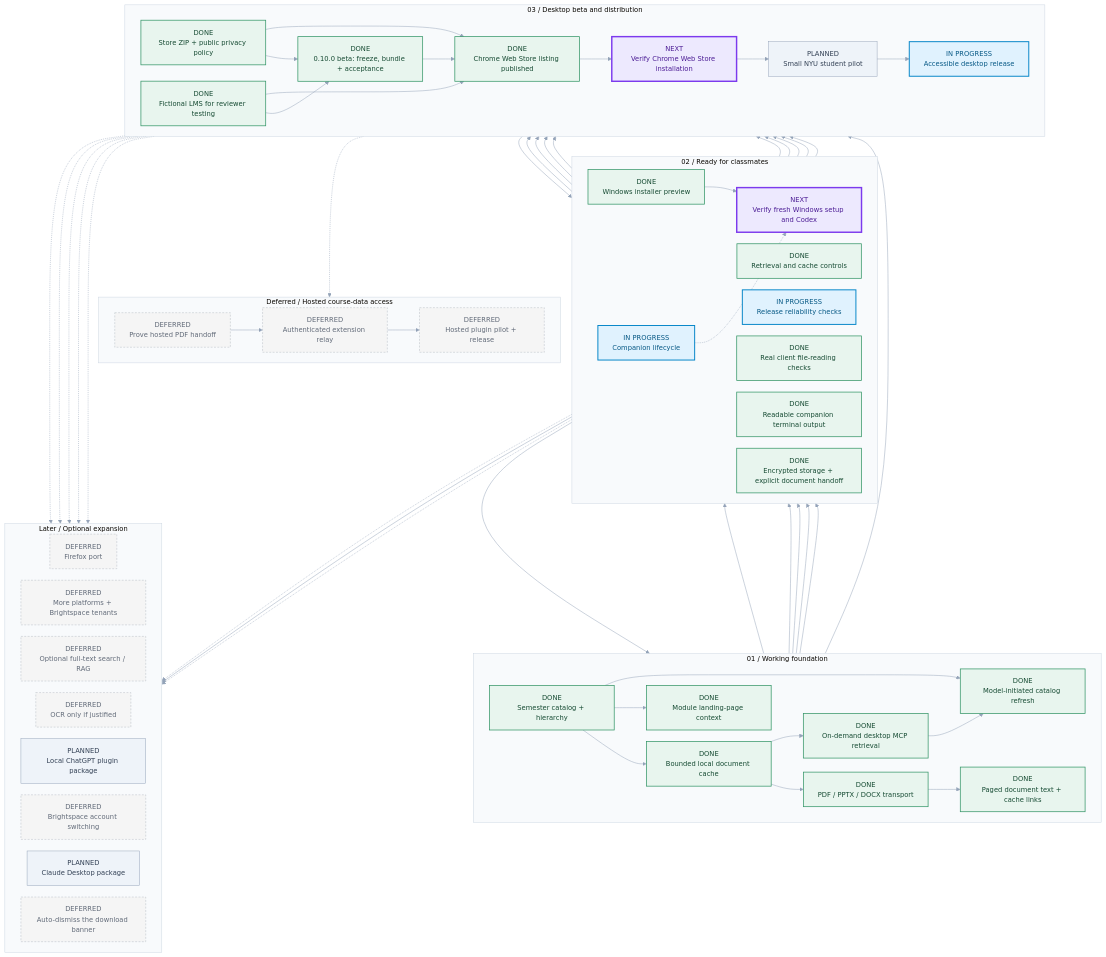
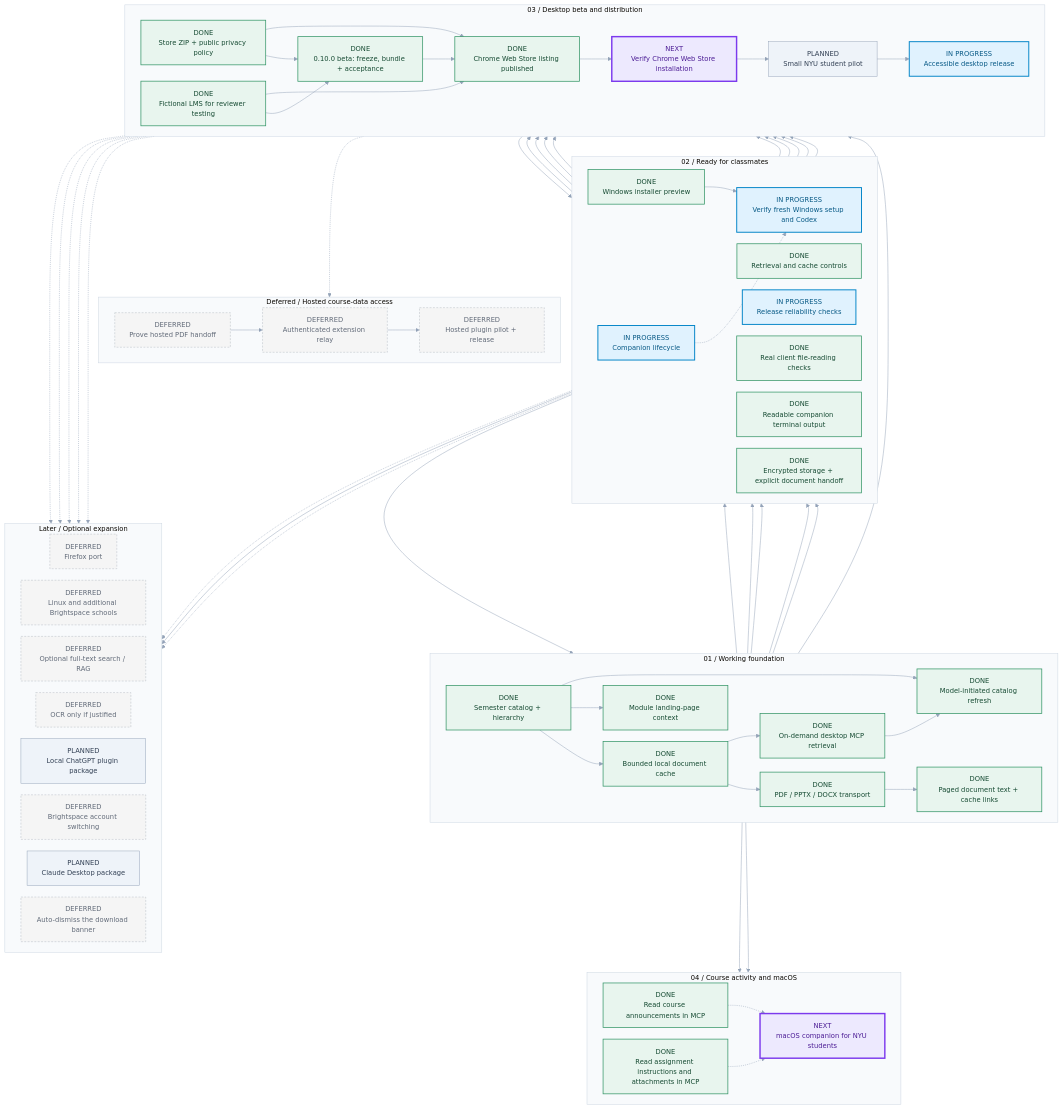
One commit to khin101wastaken/brightspace-context changed the diagram in docs/ROADMAP.md. Above: the diagram before and after it, drawn with Mermaid. The commit also changed other lines of this file and 19 other files, not shown here.

Commit message:
Add live Brightspace announcements and assignments to MCP

```diff
--- a/docs/ROADMAP.md
+++ b/docs/ROADMAP.md
@@ -25,7 +25,7 @@
   subgraph p_readiness["02 / Ready for classmates"]
     direction LR
     m_lifecycle["IN PROGRESS<br/>Companion lifecycle"]:::in_progress
-    m_onboarding["NEXT<br/>Verify fresh Windows setup and Codex"]:::next
+    m_onboarding["IN PROGRESS<br/>Verify fresh Windows setup and Codex"]:::in_progress
     m_controls["DONE<br/>Retrieval and cache controls"]:::done
     m_hardening["IN PROGRESS<br/>Release reliability checks"]:::in_progress
     m_installer["DONE<br/>Windows installer preview"]:::done
@@ -43,6 +43,12 @@
     m_store_install["NEXT<br/>Verify Chrome Web Store installation"]:::next
     m_review_demo["DONE<br/>Fictional LMS for reviewer testing"]:::done
   end
+  subgraph p_expansion["04 / Course activity and macOS"]
+    direction LR
+    m_announcements["DONE<br/>Read course announcements in MCP"]:::done
+    m_assignments["DONE<br/>Read assignment instructions and attachments in MCP"]:::done
+    m_macos["NEXT<br/>macOS companion for NYU students"]:::next
+  end
   subgraph p_web["Deferred / Hosted course-data access"]
     direction LR
     m_web_handoff["DEFERRED<br/>Prove hosted PDF handoff"]:::deferred
@@ -52,7 +58,7 @@
   subgraph p_later["Later / Optional expansion"]
     direction LR
     m_firefox["DEFERRED<br/>Firefox port"]:::deferred
-    m_platforms["DEFERRED<br/>More platforms + Brightspace tenants"]:::deferred
+    m_platforms["DEFERRED<br/>Linux and additional Brightspace schools"]:::deferred
     m_indexing["DEFERRED<br/>Optional full-text search / RAG"]:::deferred
     m_ocr["DEFERRED<br/>OCR only if justified"]:::deferred
     m_mcp_install["PLANNED<br/>Local ChatGPT plugin package"]:::planned
@@ -105,6 +111,10 @@
   m_store_assets --> m_beta_bundle
   m_beta_bundle --> m_store_listing
   m_file_readers --> m_beta_bundle
+  m_catalog_sync --> m_announcements
+  m_retrieval --> m_assignments
+  m_announcements -.-> m_macos
+  m_assignments -.-> m_macos
   classDef done fill:#e8f5ee,stroke:#319465,color:#164b33,stroke-width:1.5px;
   classDef in_progress fill:#e0f2fe,stroke:#0284c7,color:#075985,stroke-width:2px;
   classDef next fill:#ede9fe,stroke:#7c3aed,color:#4c1d95,stroke-width:3px;
```
